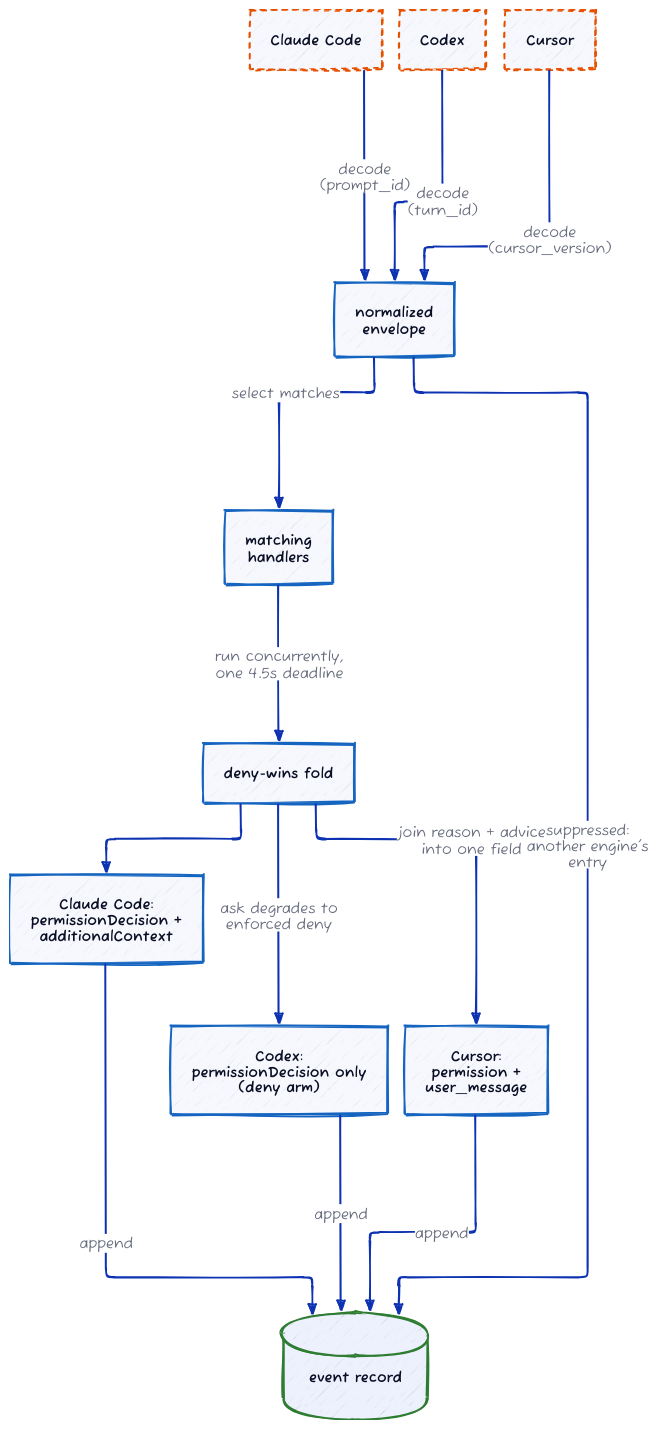
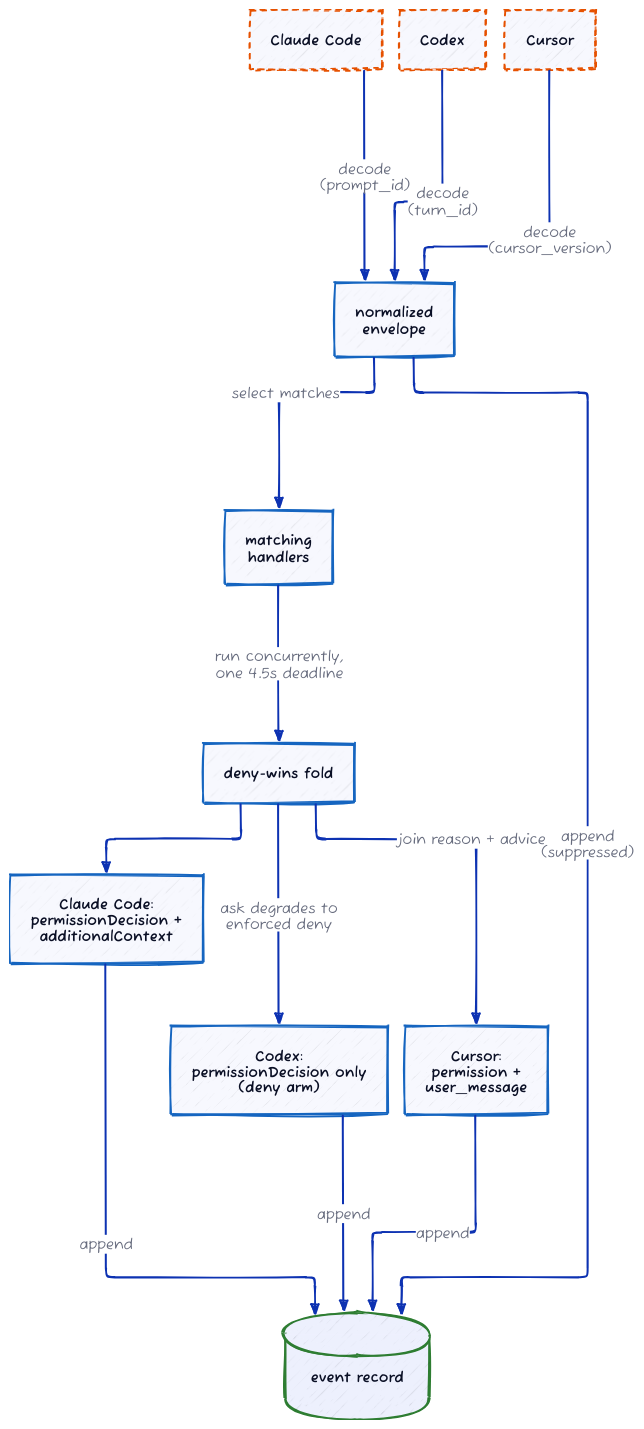
The diagram in docs/diagrams/routing.d2 (noamsto/hookyard), drawn with D2 before and after one commit. The commit also changed 5 other files, not shown here.

First line of the commit message:
docs: fix colliding edge labels in the D2 diagrams (#24)

```diff
--- a/docs/diagrams/routing.d2
+++ b/docs/diagrams/routing.d2
@@ -1,32 +1,32 @@
 vars: { d2-config: { layout-engine: elk; sketch: true; pad: 16 } }
 direction: down
 
 classes: {
   ext:   { style: { stroke: "#E65100"; stroke-width: 2; stroke-dash: 3 } }
   core:  { style: { stroke: "#1565C0"; stroke-width: 2 } }
   store: { shape: cylinder; style: { stroke: "#2E7D32"; stroke-width: 2 } }
 }
 
 claude: "Claude Code" { class: ext }
 codex: "Codex" { class: ext }
 cursor: "Cursor" { class: ext }
 envelope: "normalized\nenvelope" { class: core }
 handlers: "matching\nhandlers" { class: core }
 fold: "deny-wins fold" { class: core }
 ccOut: "Claude Code:\npermissionDecision +\nadditionalContext" { class: core }
 cxOut: "Codex:\npermissionDecision only\n(deny arm)" { class: core }
 cuOut: "Cursor:\npermission +\nuser_message" { class: core }
 record: "event record" { class: store }
 
 claude -> envelope: decode\n(prompt_id)
 codex -> envelope: decode\n(turn_id)
 cursor -> envelope: decode\n(cursor_version)
 envelope -> handlers: select matches
-envelope -> record: suppressed:\nanother engine's\nentry
+envelope -> record: append\n(suppressed)
 handlers -> fold: run concurrently,\none 4.5s deadline
 fold -> ccOut
 fold -> cxOut: ask degrades to\nenforced deny
-fold -> cuOut: join reason + advice\ninto one field
+fold -> cuOut: join reason + advice
 ccOut -> record: append
 cxOut -> record: append
 cuOut -> record: append
```
